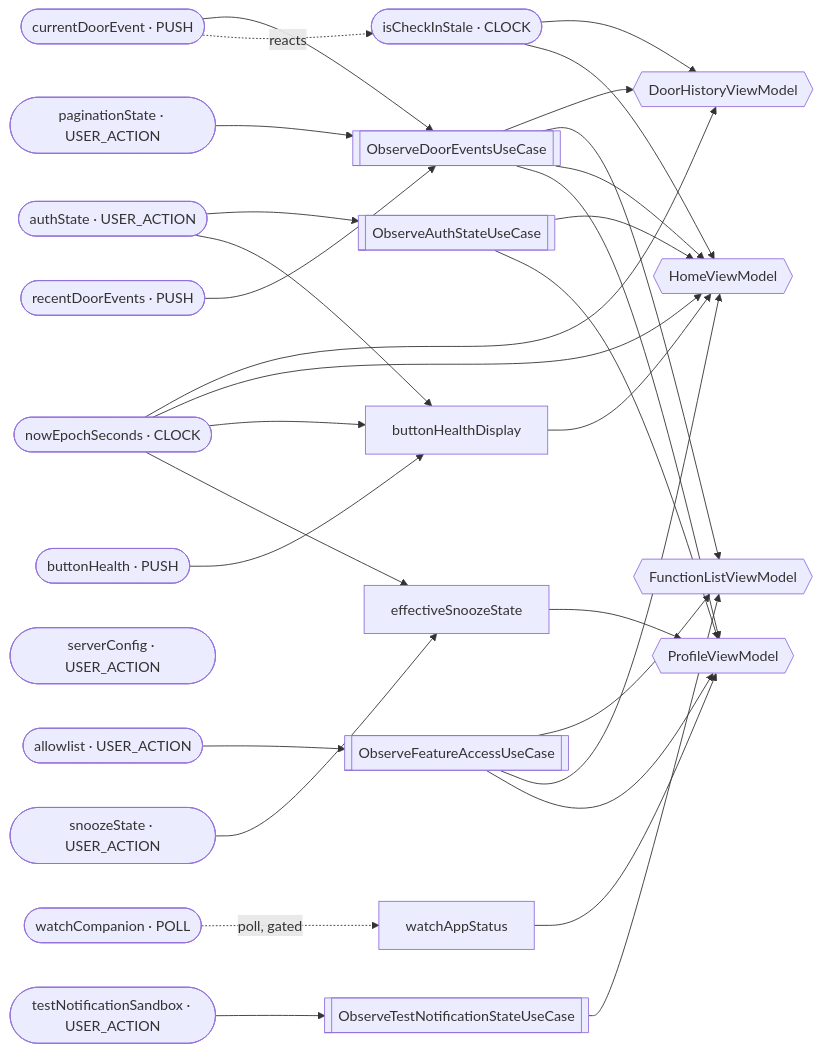
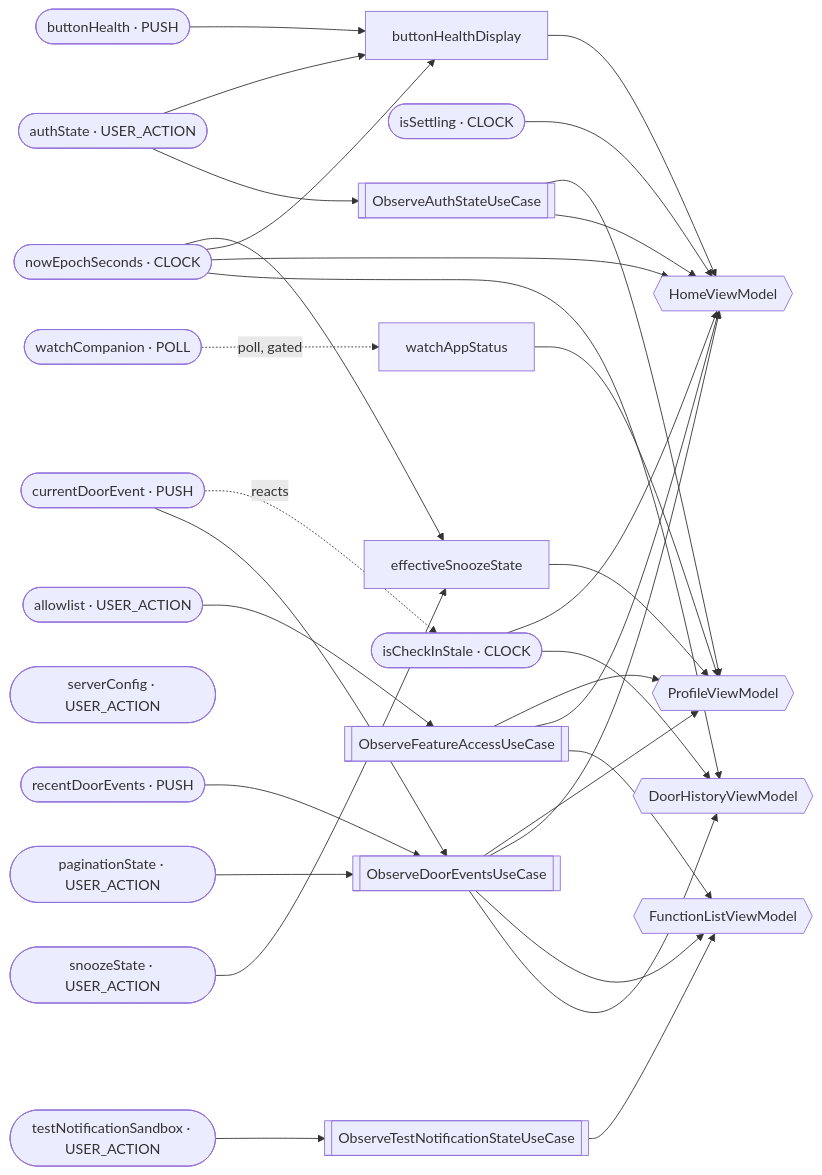
The diagram in MobileGarage/docs/DATA_GRAPH.md (cartland/SmartGarageDoor), drawn with Mermaid before and after one commit. The commit also changed other lines of this file and 45 other files, not shown here.

````diff
--- a/MobileGarage/docs/DATA_GRAPH.md
+++ b/MobileGarage/docs/DATA_GRAPH.md
@@ -38,56 +39,58 @@
 ```mermaid
 graph LR
     authState(["authState · USER_ACTION"])
     currentDoorEvent(["currentDoorEvent · PUSH"])
     recentDoorEvents(["recentDoorEvents · PUSH"])
     paginationState(["paginationState · USER_ACTION"])
     buttonHealth(["buttonHealth · PUSH"])
     snoozeState(["snoozeState · USER_ACTION"])
     serverConfig(["serverConfig · USER_ACTION"])
     allowlist(["allowlist · USER_ACTION"])
     testNotificationSandbox(["testNotificationSandbox · USER_ACTION"])
     nowEpochSeconds(["nowEpochSeconds · CLOCK"])
     isCheckInStale(["isCheckInStale · CLOCK"])
+    isSettling(["isSettling · CLOCK"])
     watchCompanion(["watchCompanion · POLL"])
     buttonHealthDisplay["buttonHealthDisplay"]
     effectiveSnoozeState["effectiveSnoozeState"]
     watchAppStatus["watchAppStatus"]
     ObserveAuthStateUseCase[["ObserveAuthStateUseCase"]]
     ObserveDoorEventsUseCase[["ObserveDoorEventsUseCase"]]
     ObserveFeatureAccessUseCase[["ObserveFeatureAccessUseCase"]]
     ObserveTestNotificationStateUseCase[["ObserveTestNotificationStateUseCase"]]
     DoorHistoryViewModel{{"DoorHistoryViewModel"}}
     FunctionListViewModel{{"FunctionListViewModel"}}
     HomeViewModel{{"HomeViewModel"}}
     ProfileViewModel{{"ProfileViewModel"}}
     authState --> ObserveAuthStateUseCase
     ObserveAuthStateUseCase --> HomeViewModel
     ObserveAuthStateUseCase --> ProfileViewModel
     currentDoorEvent --> ObserveDoorEventsUseCase
     paginationState --> ObserveDoorEventsUseCase
     recentDoorEvents --> ObserveDoorEventsUseCase
     ObserveDoorEventsUseCase --> DoorHistoryViewModel
     ObserveDoorEventsUseCase --> FunctionListViewModel
     ObserveDoorEventsUseCase --> HomeViewModel
     ObserveDoorEventsUseCase --> ProfileViewModel
     allowlist --> ObserveFeatureAccessUseCase
     ObserveFeatureAccessUseCase --> FunctionListViewModel
     ObserveFeatureAccessUseCase --> HomeViewModel
     ObserveFeatureAccessUseCase --> ProfileViewModel
     testNotificationSandbox --> ObserveTestNotificationStateUseCase
     ObserveTestNotificationStateUseCase --> FunctionListViewModel
     isCheckInStale --> DoorHistoryViewModel
     isCheckInStale --> HomeViewModel
+    isSettling --> HomeViewModel
     nowEpochSeconds --> DoorHistoryViewModel
     nowEpochSeconds --> HomeViewModel
     currentDoorEvent -. reacts .-> isCheckInStale
     authState --> buttonHealthDisplay
     buttonHealth --> buttonHealthDisplay
     nowEpochSeconds --> buttonHealthDisplay
     buttonHealthDisplay --> HomeViewModel
     nowEpochSeconds --> effectiveSnoozeState
     snoozeState --> effectiveSnoozeState
     effectiveSnoozeState --> ProfileViewModel
     watchCompanion -. poll, gated .-> watchAppStatus
     watchAppStatus --> ProfileViewModel
 ```
````
